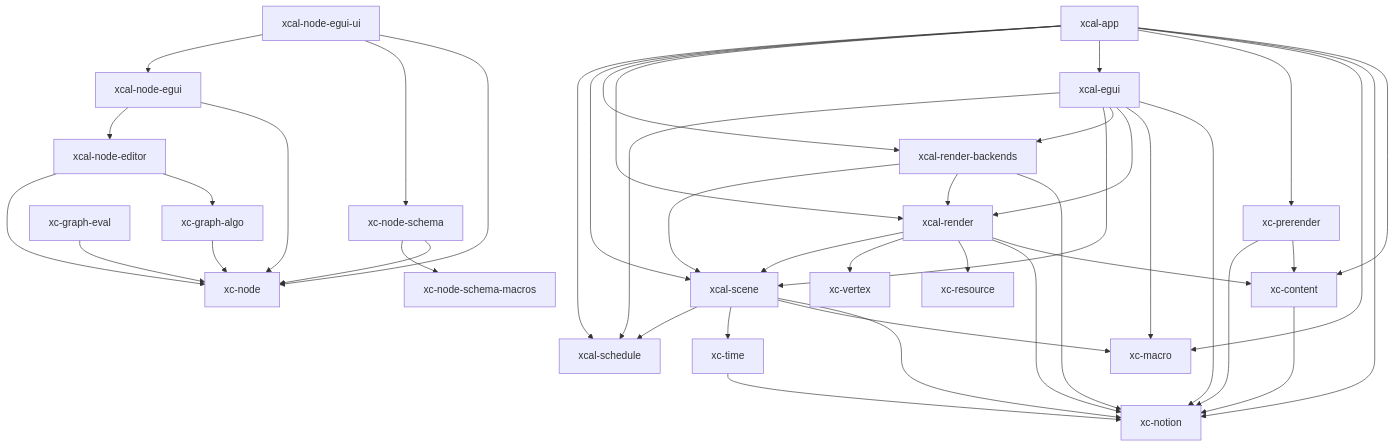
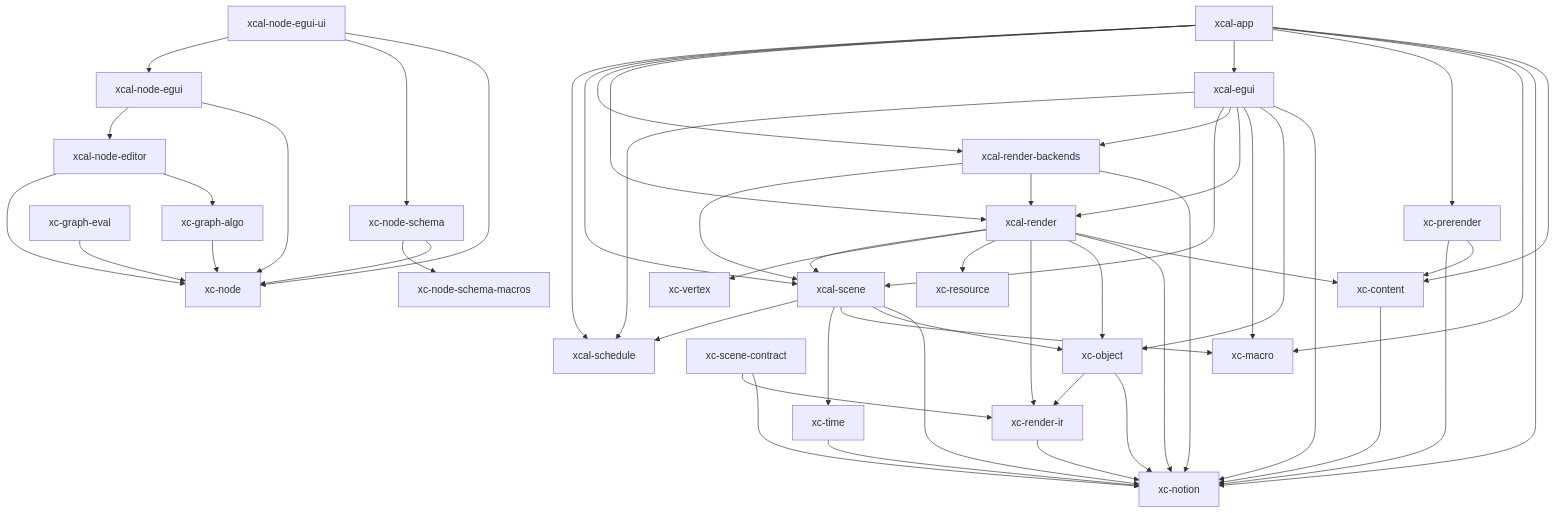
Before and after one commit to xcrtp/xcal-rs: the diagram in workspace-analyzer.mmd, drawn with Mermaid. The commit also changed 39 other files, not shown here.

```diff
--- a/workspace-analyzer.mmd
+++ b/workspace-analyzer.mmd
@@ -1,44 +1,53 @@
 graph TD
     xc-content --> xc-notion
     xc-graph-algo --> xc-node
     xc-graph-eval --> xc-node
     xc-node-schema --> xc-node
     xc-node-schema --> xc-node-schema-macros
+    xc-object --> xc-notion
+    xc-object --> xc-render-ir
     xc-prerender --> xc-content
     xc-prerender --> xc-notion
+    xc-render-ir --> xc-notion
+    xc-scene-contract --> xc-notion
+    xc-scene-contract --> xc-render-ir
     xc-time --> xc-notion
     xcal-app --> xc-content
     xcal-app --> xc-notion
     xcal-app --> xc-macro
     xcal-app --> xc-prerender
     xcal-app --> xcal-egui
     xcal-app --> xcal-render
     xcal-app --> xcal-render-backends
     xcal-app --> xcal-scene
     xcal-app --> xcal-schedule
     xcal-egui --> xc-notion
+    xcal-egui --> xc-object
     xcal-egui --> xc-macro
     xcal-egui --> xcal-render
     xcal-egui --> xcal-render-backends
     xcal-egui --> xcal-scene
     xcal-egui --> xcal-schedule
     xcal-node-editor --> xc-graph-algo
     xcal-node-editor --> xc-node
     xcal-node-egui --> xc-node
     xcal-node-egui --> xcal-node-editor
     xcal-node-egui-ui --> xc-node
     xcal-node-egui-ui --> xc-node-schema
     xcal-node-egui-ui --> xcal-node-egui
     xcal-render --> xc-content
     xcal-render --> xc-notion
+    xcal-render --> xc-object
+    xcal-render --> xc-render-ir
     xcal-render --> xc-resource
     xcal-render --> xc-vertex
     xcal-render --> xcal-scene
     xcal-render-backends --> xc-notion
     xcal-render-backends --> xcal-render
     xcal-render-backends --> xcal-scene
     xcal-scene --> xc-notion
+    xcal-scene --> xc-object
     xcal-scene --> xc-macro
     xcal-scene --> xc-time
     xcal-scene --> xcal-schedule
 classDef red stroke:#ff0000,stroke-width:2px;
```
